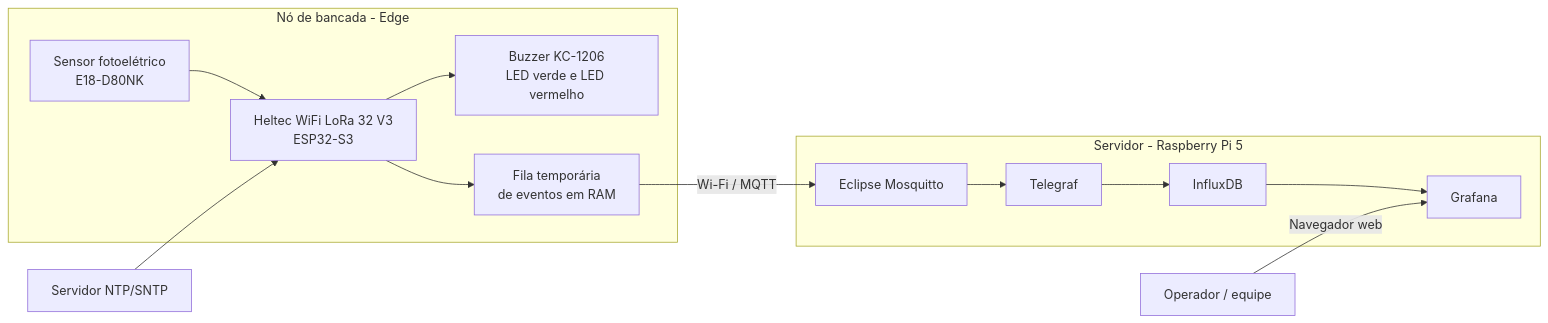
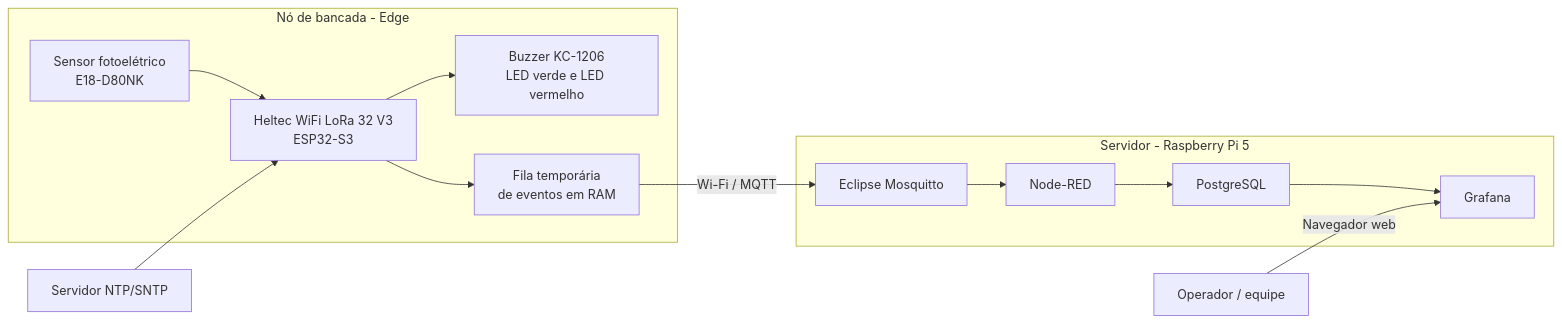
One commit to joaohenriquebitu/FlowCount changed the first of 2 diagrams in README.md. Above: the diagram before and after it, drawn with Mermaid. The commit also changed other lines of this file and 12 other files, not shown here.

````diff
--- a/README.md
+++ b/README.md
@@ -105,20 +73,20 @@
 ```mermaid
 flowchart LR
     subgraph EDGE["Nó de bancada - Edge"]
         SENSOR["Sensor fotoelétrico\nE18-D80NK"] --> ESP["Heltec WiFi LoRa 32 V3\nESP32-S3"]
         ESP --> SIGNAL["Buzzer KC-1206\nLED verde e LED vermelho"]
         ESP --> QUEUE["Fila temporária\nde eventos em RAM"]
     end
 
     NTP["Servidor NTP/SNTP"] --> ESP
 
     QUEUE -->|"Wi-Fi / MQTT"| BROKER
 
     subgraph SERVER["Servidor - Raspberry Pi 5"]
-        BROKER["Eclipse Mosquitto"] --> TELEGRAF["Telegraf"]
-        TELEGRAF --> INFLUX["InfluxDB"]
-        INFLUX --> GRAFANA["Grafana"]
+        BROKER["Eclipse Mosquitto"] --> NODE_RED["Node-RED"]
+        NODE_RED --> POSTGRES["PostgreSQL"]
+        POSTGRES --> GRAFANA["Grafana"]
     end
 
     USER["Operador / equipe"] -->|"Navegador web"| GRAFANA
 ```
````
